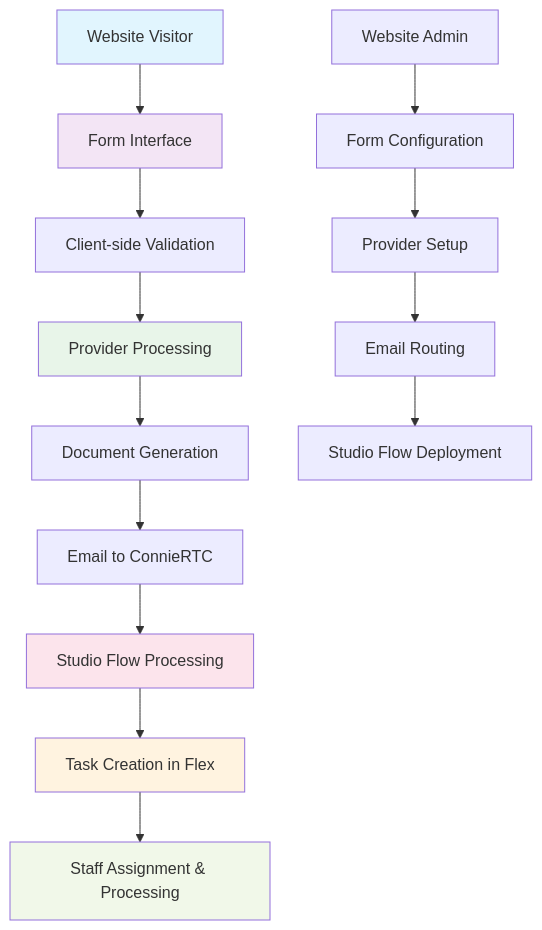
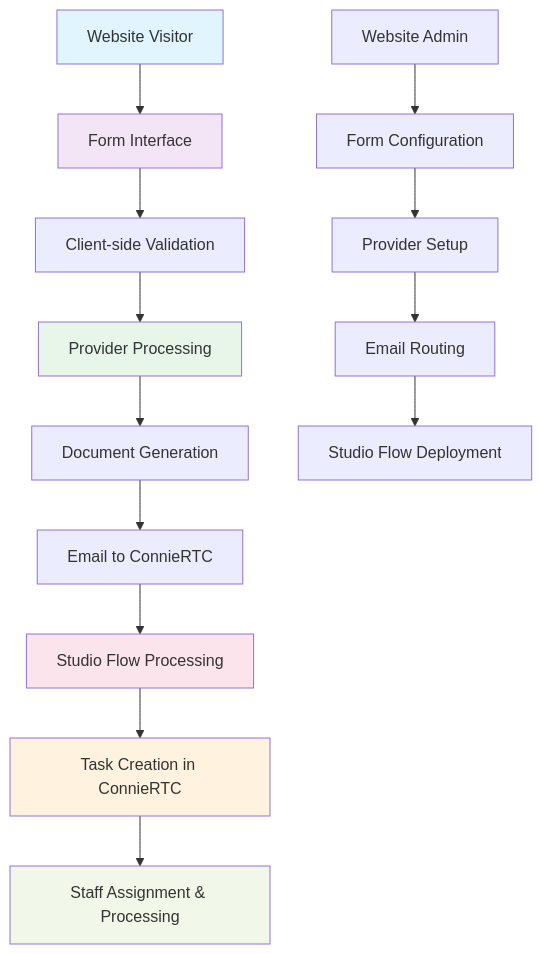
One commit to ConnieML/docs.connie changed the first of 4 diagrams in docs/developers/building/feature-management/channels/web/implementation-guide.md. Above: the diagram before and after it, drawn with Mermaid. The commit also changed other lines of this file and 120 other files, not shown here.

Commit message:
Replace Twilio with Connie and Flex with ConnieRTC throughout documentation

````diff
--- a/docs/developers/building/feature-management/channels/web/implementation-guide.md
+++ b/docs/developers/building/feature-management/channels/web/implementation-guide.md
@@ -17,23 +17,23 @@
 ```mermaid
 flowchart TB
     A[Website Visitor] --> B[Form Interface]
     B --> C[Client-side Validation]
     C --> D[Provider Processing]
     D --> E[Document Generation]
     E --> F[Email to ConnieRTC]
     F --> G[Studio Flow Processing]
-    G --> H[Task Creation in Flex]
+    G --> H[Task Creation in ConnieRTC]
     H --> I[Staff Assignment & Processing]
     
     J[Website Admin] --> K[Form Configuration]
     K --> L[Provider Setup]
     L --> M[Email Routing]
     M --> N[Studio Flow Deployment]
     
     style A fill:#e1f5fe
     style B fill:#f3e5f5
     style D fill:#e8f5e9
     style G fill:#fce4ec
     style H fill:#fff3e0
     style I fill:#f1f8e9
 ```
````
